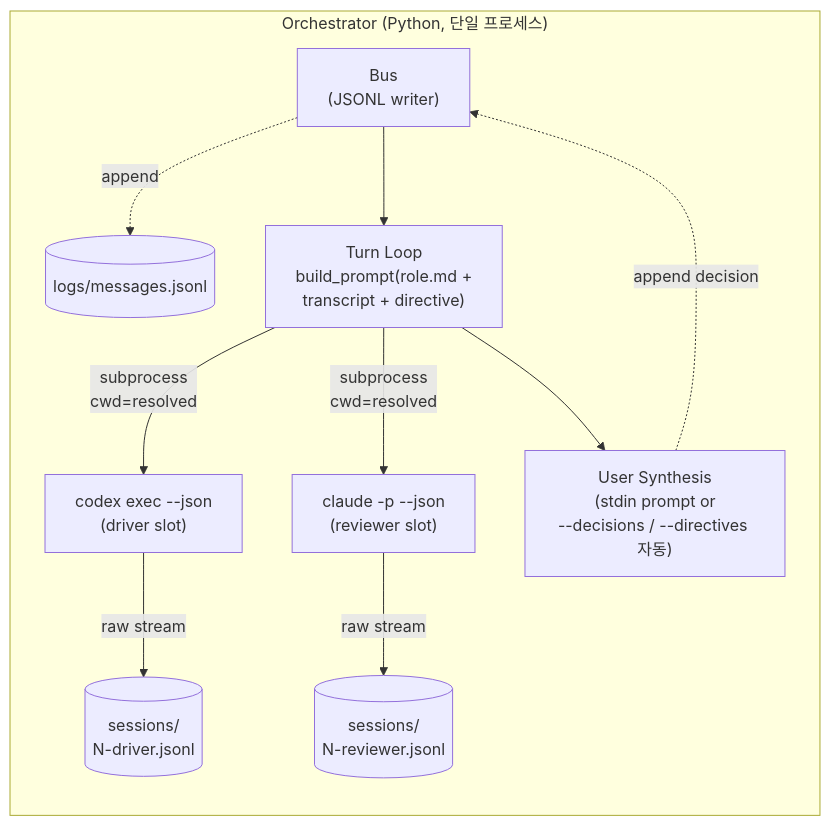
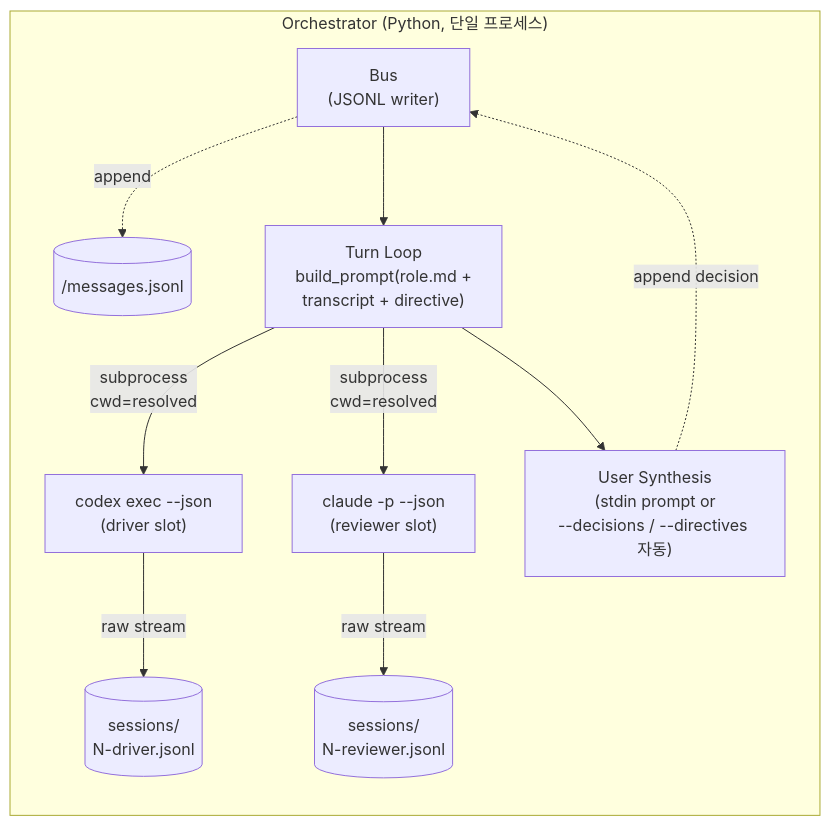
One commit to shinjw4929/Dialectic-CLI changed the first of 3 diagrams in docs/runtime-docs/protocol.md. Above: the diagram before and after it, drawn with Mermaid. The commit also changed other lines of this file and 4 other files, not shown here.

````diff
--- a/docs/runtime-docs/protocol.md
+++ b/docs/runtime-docs/protocol.md
@@ -25,22 +25,22 @@
 ```mermaid
 flowchart TB
     subgraph Orch["Orchestrator (Python, 단일 프로세스)"]
         direction TB
         Bus["Bus<br/>(JSONL writer)"]
         Loop["Turn Loop<br/>build_prompt(role.md +<br/>transcript + directive)"]
         Driver["codex exec --json<br/>(driver slot)"]
         Reviewer["claude -p --json<br/>(reviewer slot)"]
         DSess[("sessions/<br/>N-driver.jsonl")]
         RSess[("sessions/<br/>N-reviewer.jsonl")]
         User["User Synthesis<br/>(stdin prompt or<br/>--decisions / --directives 자동)"]
 
-        Bus -. append .-> MJ[("logs/messages.jsonl")]
+        Bus -. append .-> MJ[("<session-ts>/messages.jsonl")]
         Bus --> Loop
         Loop -- "subprocess<br/>cwd=resolved" --> Driver
         Loop -- "subprocess<br/>cwd=resolved" --> Reviewer
         Driver -- raw stream --> DSess
         Reviewer -- raw stream --> RSess
         Loop --> User
         User -. append decision .-> Bus
     end
 ```
````
